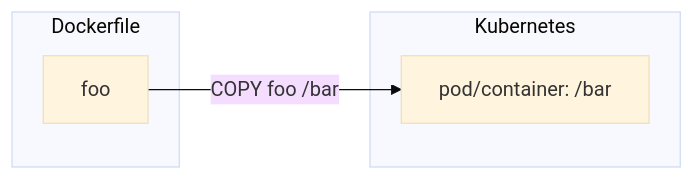
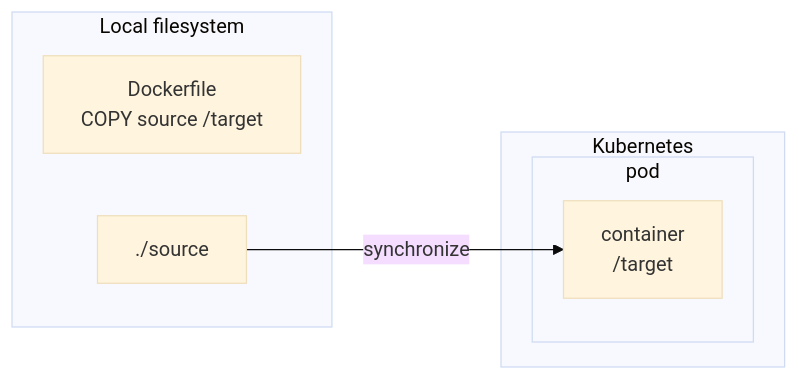
Before and after one commit to dkmiller/ptah: the diagram in docs/explanation/concepts.md, drawn with Mermaid (base theme). The commit also changed other lines of this file and 1 other file, not shown here.

````diff
--- a/docs/explanation/concepts.md
+++ b/docs/explanation/concepts.md
@@ -36,16 +67,19 @@
 ``` mermaid
 graph LR
 
-subgraph dockerfile["Dockerfile"]
+subgraph local["Local filesystem"]
+  dockerfile["Dockerfile <br /> COPY source /target"]
 
-  foo
+  source["./source"]
 end
 
 subgraph kubernetes["Kubernetes"]
 
-  pod["pod/container: /bar"]
+  subgraph pod
+    container["container <br /> /target"]
+  end
 
 end
 
-foo -->|"COPY foo /bar"| pod
+source -->|synchronize| container
 ```
````
